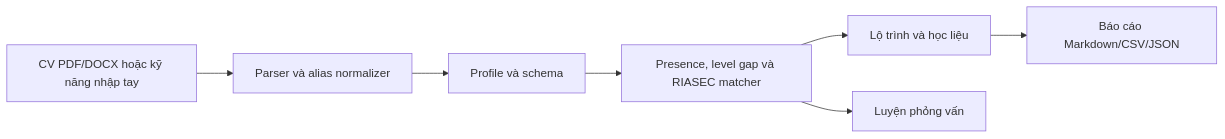
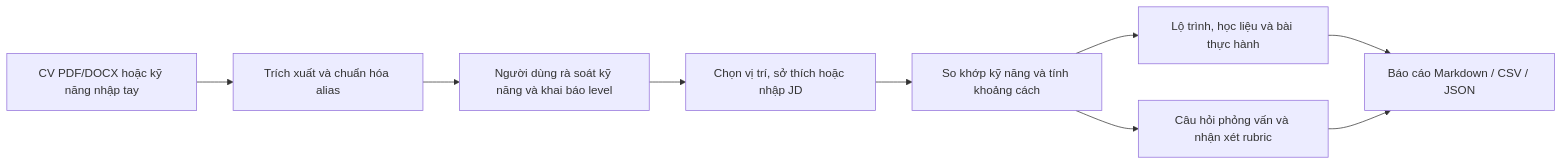
Before and after one commit to LinhLaSieuSao/AI-Career-Coach: the diagram in README.md, drawn with Mermaid. The commit also changed other lines of this file and 1 other file, not shown here.

````diff
--- a/README.md
+++ b/README.md
@@ -20,9 +28,11 @@
 ```mermaid
 flowchart LR
-    CV[CV PDF/DOCX hoặc kỹ năng nhập tay] --> Parse[Parser và alias normalizer]
-    Parse --> Profile[Profile và schema]
-    Profile --> Match[Presence, level gap và RIASEC matcher]
-    Match --> Roadmap[Lộ trình và học liệu]
-    Match --> Interview[Luyện phỏng vấn]
-    Roadmap --> Export[Báo cáo Markdown/CSV/JSON]
+    A[CV PDF/DOCX hoặc kỹ năng nhập tay] --> B[Trích xuất và chuẩn hóa alias]
+    B --> C[Người dùng rà soát kỹ năng và khai báo level]
+    C --> D[Chọn vị trí, sở thích hoặc nhập JD]
+    D --> E[So khớp kỹ năng và tính khoảng cách]
+    E --> F[Lộ trình, học liệu và bài thực hành]
+    E --> G[Câu hỏi phỏng vấn và nhận xét rubric]
+    F --> H[Báo cáo Markdown / CSV / JSON]
+    G --> H
 ```
````
